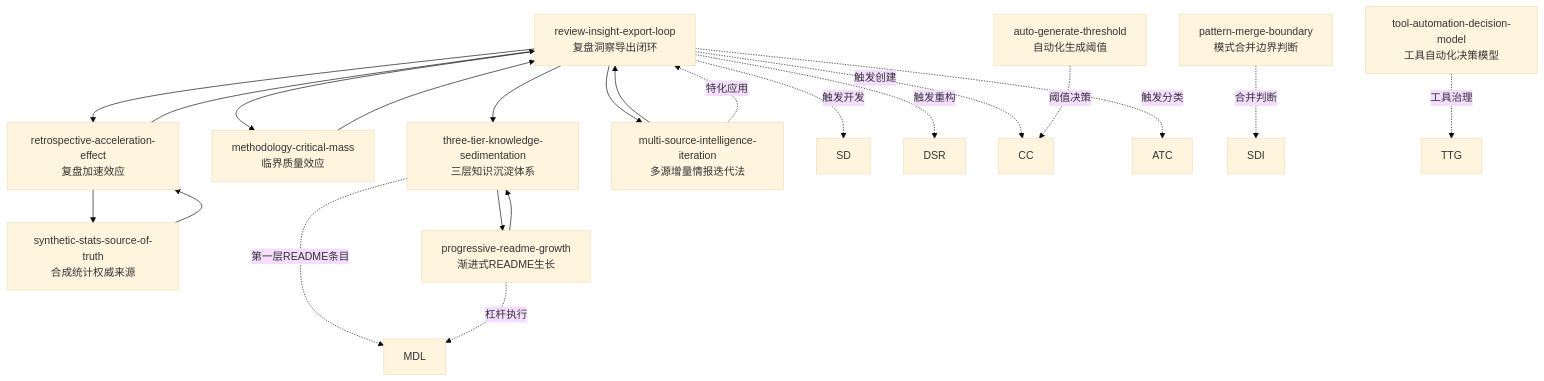
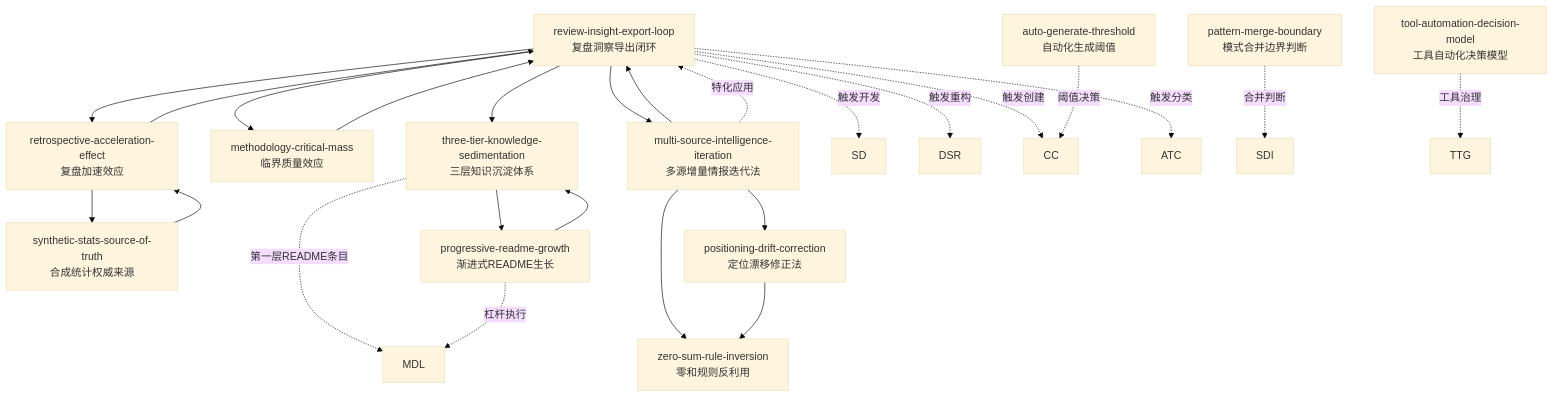
Before and after one commit to xinetzone/SpecWeave: the third of 5 diagrams in docs/retrospective/patterns/methodology-patterns/README.md, drawn with Mermaid (base theme). The commit also changed other lines of this file and 16 other files, not shown here.

````diff
--- a/docs/retrospective/patterns/methodology-patterns/README.md
+++ b/docs/retrospective/patterns/methodology-patterns/README.md
@@ -152,36 +156,41 @@
 ```mermaid
 flowchart TD
     RIE[review-insight-export-loop<br/>复盘洞察导出闭环]
     RAE[retrospective-acceleration-effect<br/>复盘加速效应]
     MCM[methodology-critical-mass<br/>临界质量效应]
     TAD[tool-automation-decision-model<br/>工具自动化决策模型]
     ATG[auto-generate-threshold<br/>自动化生成阈值]
     PMB[pattern-merge-boundary<br/>模式合并边界判断]
     SST[synthetic-stats-source-of-truth<br/>合成统计权威来源]
     TKS[three-tier-knowledge-sedimentation<br/>三层知识沉淀体系]
     PRG[progressive-readme-growth<br/>渐进式README生长]
     MSI[multi-source-intelligence-iteration<br/>多源增量情报迭代法]
+    PDC[positioning-drift-correction<br/>定位漂移修正法]
+    ZSR[zero-sum-rule-inversion<br/>零和规则反利用]
 
     RIE --> RAE
     RAE --> RIE
     RIE --> MCM
     MCM --> RIE
     RAE --> SST
     SST --> RAE
     RIE --> TKS
     TKS --> PRG
     PRG --> TKS
     RIE --> MSI
     MSI --> RIE
+    MSI --> PDC
+    MSI --> ZSR
+    PDC --> ZSR
 
     RIE -.->|"触发开发"| SD
     RIE -.->|"触发重构"| DSR
     RIE -.->|"触发创建"| CC
     RIE -.->|"触发分类"| ATC
     MSI -.->|"特化应用"| RIE
     ATG -.->|"阈值决策"| CC
     PMB -.->|"合并判断"| SDI
     TAD -.->|"工具治理"| TTG
     TKS -.->|"第一层README条目"| MDL
     PRG -.->|"杠杆执行"| MDL
 ```
````
